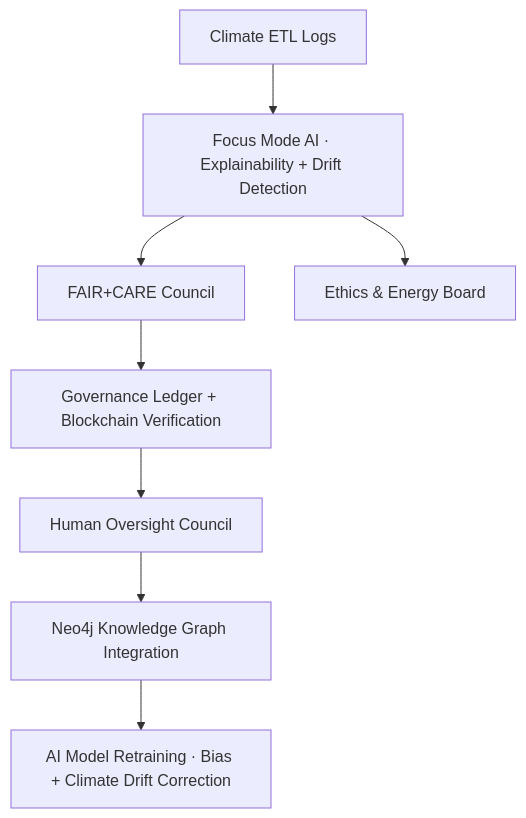
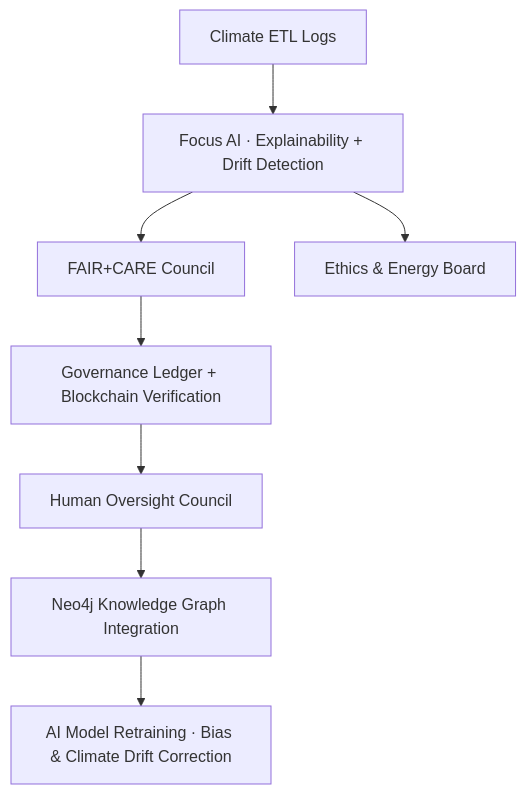
Before and after one commit to bartytime4life/Kansas-Frontier-Matrix: the first of 3 diagrams in data/work/tmp/climate/logs/README.md, drawn with Mermaid. The commit also changed other lines of this file, not shown here.

````diff
--- a/data/work/tmp/climate/logs/README.md
+++ b/data/work/tmp/climate/logs/README.md
@@ -70,10 +80,10 @@
 ```mermaid
 graph TD
-A[Climate ETL Logs] --> B[Focus Mode AI · Explainability + Drift Detection]
+A[Climate ETL Logs] --> B[Focus AI · Explainability + Drift Detection]
 B --> C[FAIR+CARE Council]
 B --> D[Ethics & Energy Board]
 C --> E[Governance Ledger + Blockchain Verification]
 E --> F[Human Oversight Council]
 F --> G[Neo4j Knowledge Graph Integration]
-G --> H[AI Model Retraining · Bias + Climate Drift Correction]
+G --> H[AI Model Retraining · Bias & Climate Drift Correction]
 ```
````
